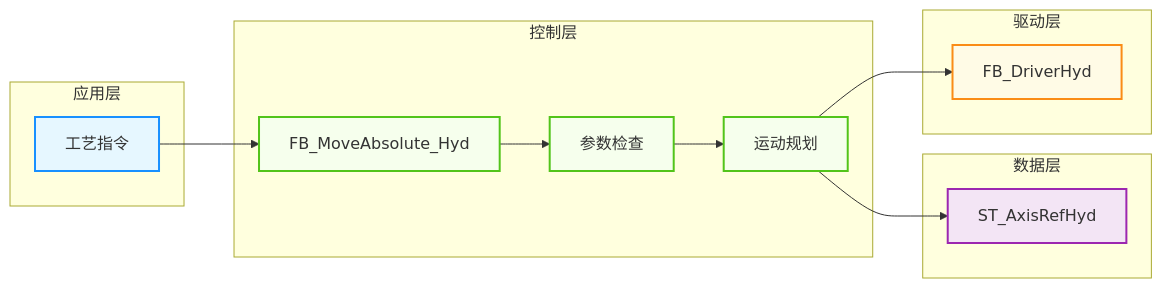
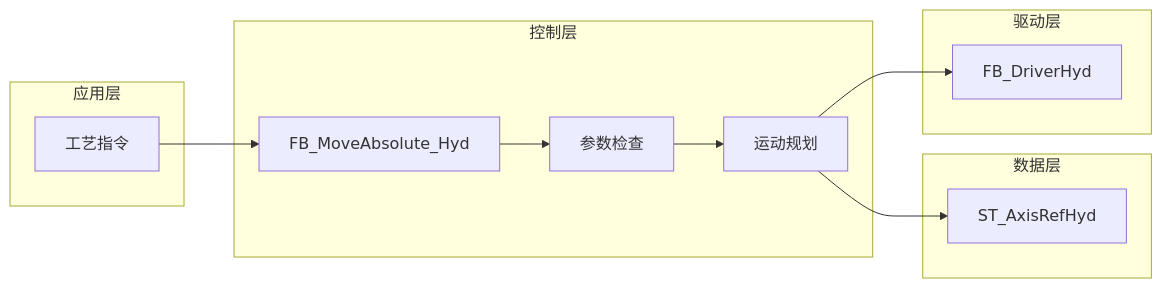
Before and after one commit to Porcheson/inj-machine-docs: the eighth of 8 diagrams in docs/01_开合模功能整理.md, drawn with Mermaid. The commit also changed other lines of this file and 1 other file, not shown here.

Commit message:
优化开合模功能文档的Mermaid图表样式，支持浅色和深色主题切换

````diff
--- a/docs/01_开合模功能整理.md
+++ b/docs/01_开合模功能整理.md
@@ -790,36 +768,31 @@
 ```mermaid
 flowchart LR
     subgraph 应用层
         A1[工艺指令]
     end
   
     subgraph 控制层
         C1[FB_MoveAbsolute_Hyd]
         C2[参数检查]
         C3[运动规划]
     end
   
     subgraph 数据层
         D1[ST_AxisRefHyd]
     end
   
     subgraph 驱动层
         R1[FB_DriverHyd]
     end
   
     A1 --> C1
     C1 --> C2
     C2 --> C3
     C3 --> D1
     C3 --> R1
   
-    classDef app fill:#e6f7ff,stroke:#1890ff,stroke-width:2px,rounded
-    classDef control fill:#f6ffed,stroke:#52c41a,stroke-width:2px,rounded
-    classDef data fill:#f3e5f5,stroke:#9c27b0,stroke-width:2px,rounded
-    classDef driver fill:#fffbe6,stroke:#fa8c16,stroke-width:2px,rounded
-  
     class A1 app
     class C1,C2,C3 control
     class D1 data
     class R1 driver
 ```
````
